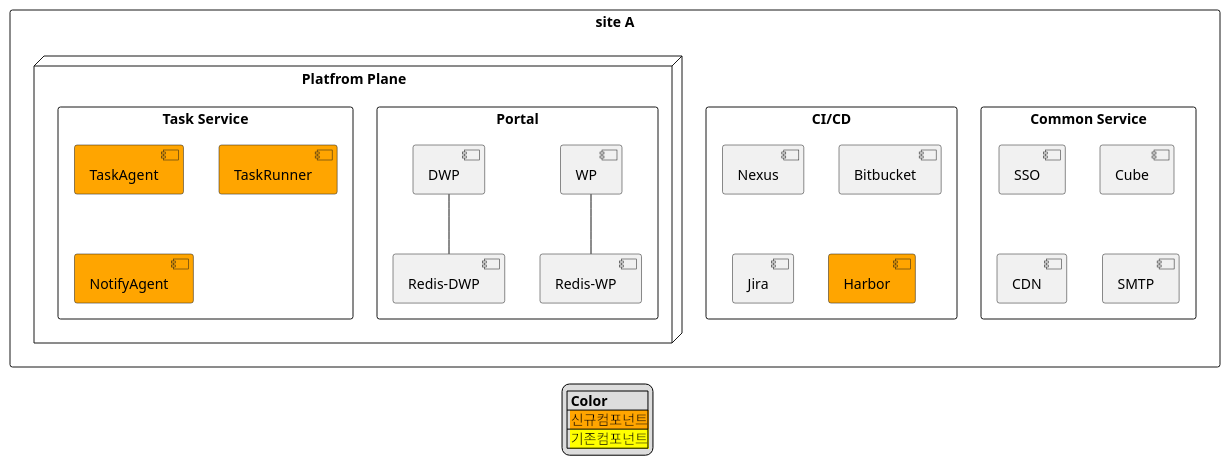
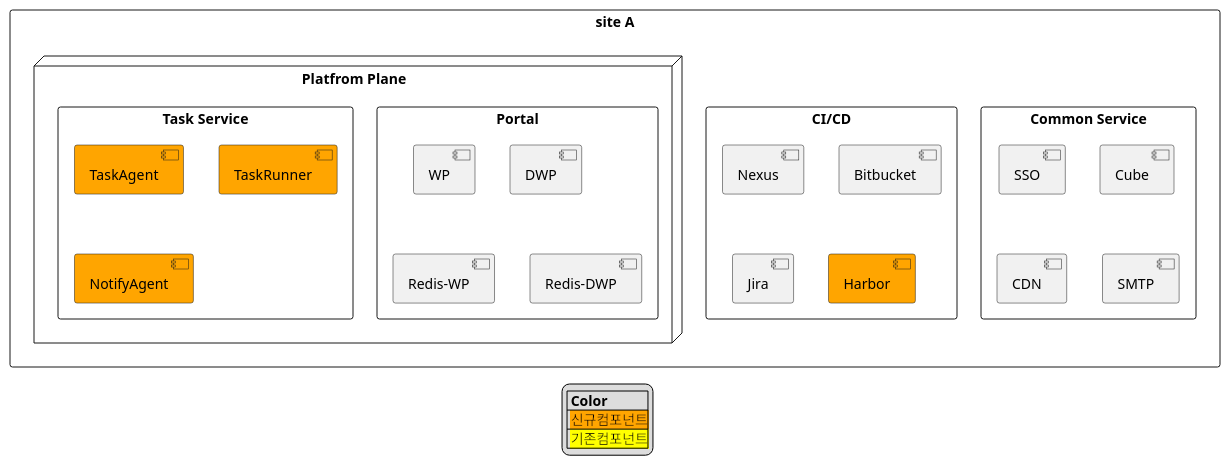
One commit to htdp1/am-arch changed the first of 13 diagrams in docs/src/multi-cloud/diagram.md. Above: the diagram before and after it, drawn with PlantUML.

Commit message:
modify diagram 1427

```diff
--- a/docs/src/multi-cloud/diagram.md
+++ b/docs/src/multi-cloud/diagram.md
@@ -17,39 +17,37 @@
 @startuml
 
 legend
     |= Color |
     | <size:14><back:#Orange>신규컴포넌트</back></size>|
     | <size:14><back:#Yellow>기존컴포넌트</back></size>|
 endlegend
 
 rectangle "site A" as a {
-    rectangle "Common Service" as a_comm {
-        [SSO] as a_comm_sso
-        [Cube] as a_comm_cube
-        [CDN] as a_comm_cnd
-        [SMTP] as a_comm_smtp
+    rectangle "Common Service" as comm {
+        [SSO] as sso
+        [Cube] as cube
+        [CDN] as cdn
+        [SMTP] as smtp
     }
-    rectangle "CI/CD" as hcp_cicd {
-        [Nexus] as hcp_cicd_nexus
-        [Bitbucket] as hcp_cicd_bitbucket
-        [Jira] as hcp_cicd_jira
-        [Harbor] as hcp_cicd_harbor #orange
+    rectangle "CI/CD" as cicd {
+        [Nexus] as nexus
+        [Bitbucket] as bitbucket
+        [Jira] as jira
+        [Harbor] as harbor #orange
     }
     node "Platfrom Plane" as hcp {
-        rectangle "Portal" as hcp_portal {
-            [WP] as hcp_portal_wp
-            [DWP] as hcp_portal_dwp
-            [Redis-WP] as hcp_portal_rediswp
-            [Redis-DWP] as hcp_portal_redisdwp
-            hcp_portal_wp -- hcp_portal_rediswp
-            hcp_portal_dwp -- hcp_portal_redisdwp
+        rectangle "Portal" as portal {
+            [WP] as wp
+            [DWP] as dwp
+            [Redis-WP] as rediswp
+            [Redis-DWP] as redisdwp
         }
-        rectangle "Task Service" as hcp_agent {
-            [TaskAgent] as hcp_agent_taskagent #orange
-            [TaskRunner] as hcp_agent_taskrunner #orange
-            [NotifyAgent] as hcp_agent_notifyagent #orange
+        rectangle "Task Service" as task {
+            [TaskAgent] as taskagent #orange
+            [TaskRunner] as taskrunner #orange
+            [NotifyAgent] as notifyagent #orange
         }
     }
 }
 
 @enduml
```
